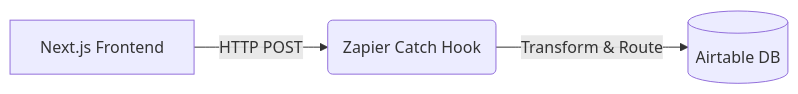
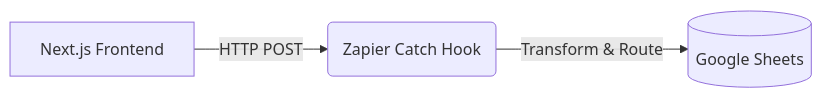
The first of 2 diagrams in README.md (zaheer-zee/BridgeTest), drawn with Mermaid before and after one commit. The commit also changed other lines of this file, not shown here.

Commit message:
docs: update database to Google Sheets

````diff
--- a/README.md
+++ b/README.md
@@ -9,5 +9,5 @@
 ```mermaid
 graph LR
     A[Next.js Frontend] -->|HTTP POST| B(Zapier Catch Hook)
-    B -->|Transform & Route| C[(Airtable DB)]
+    B -->|Transform & Route| C[(Google Sheets)]
 ```
````
